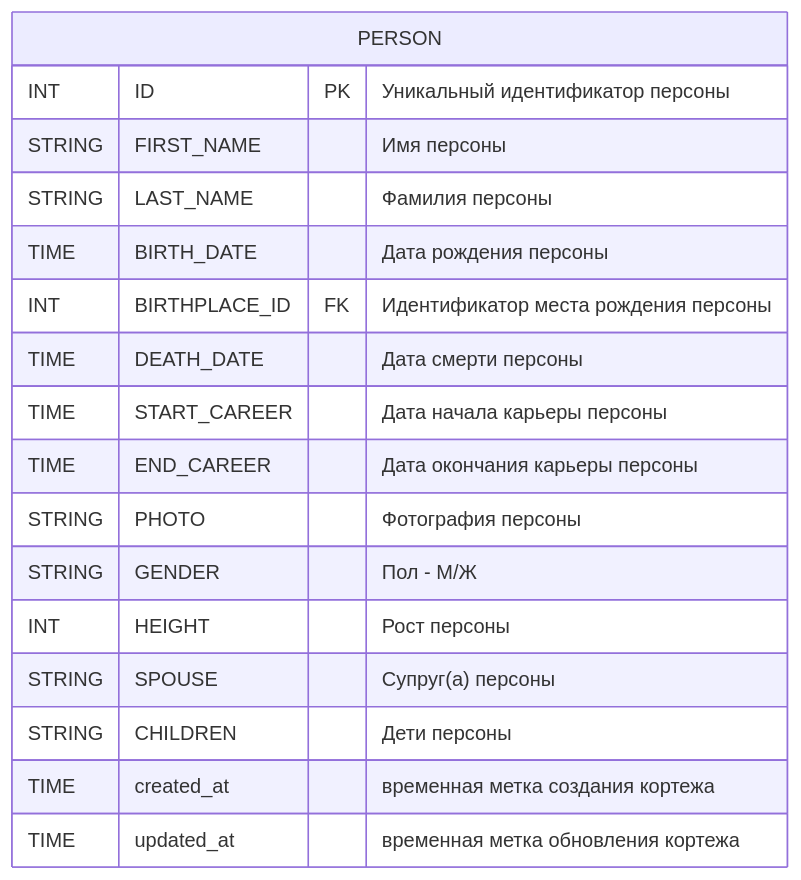
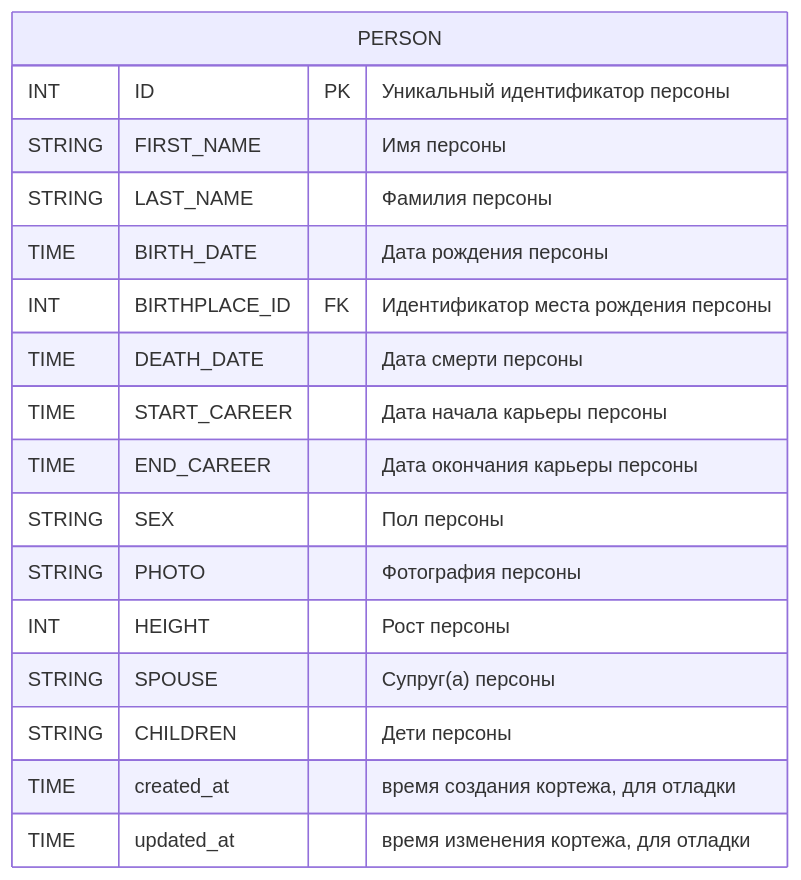
Before and after one commit to go-park-mail-ru/2024_1_Cyberkotletki: the sixth of 25 diagrams in db/normalized/relations.md, drawn with Mermaid. The commit also changed other lines of this file and 2 other files, not shown here.

````diff
--- a/db/normalized/relations.md
+++ b/db/normalized/relations.md
@@ -106,20 +150,20 @@
 ```mermaid
 erDiagram
     PERSON {
         INT ID PK "Уникальный идентификатор персоны"
         STRING FIRST_NAME "Имя персоны"
         STRING LAST_NAME "Фамилия персоны"
         TIME BIRTH_DATE "Дата рождения персоны"
         INT BIRTHPLACE_ID FK "Идентификатор места рождения персоны"
         TIME DEATH_DATE "Дата смерти персоны"
         TIME START_CAREER "Дата начала карьеры персоны"
         TIME END_CAREER "Дата окончания карьеры персоны"
+        STRING SEX "Пол персоны"
         STRING PHOTO "Фотография персоны"
-        STRING GENDER "Пол - М/Ж"
         INT HEIGHT "Рост персоны"
         STRING SPOUSE "Супруг(а) персоны"
         STRING CHILDREN "Дети персоны"
-        TIME created_at "временная метка создания кортежа"
-        TIME updated_at "временная метка обновления кортежа"
+        TIME created_at "время создания кортежа, для отладки"
+        TIME updated_at "время изменения кортежа, для отладки"
     }
 ```
````
